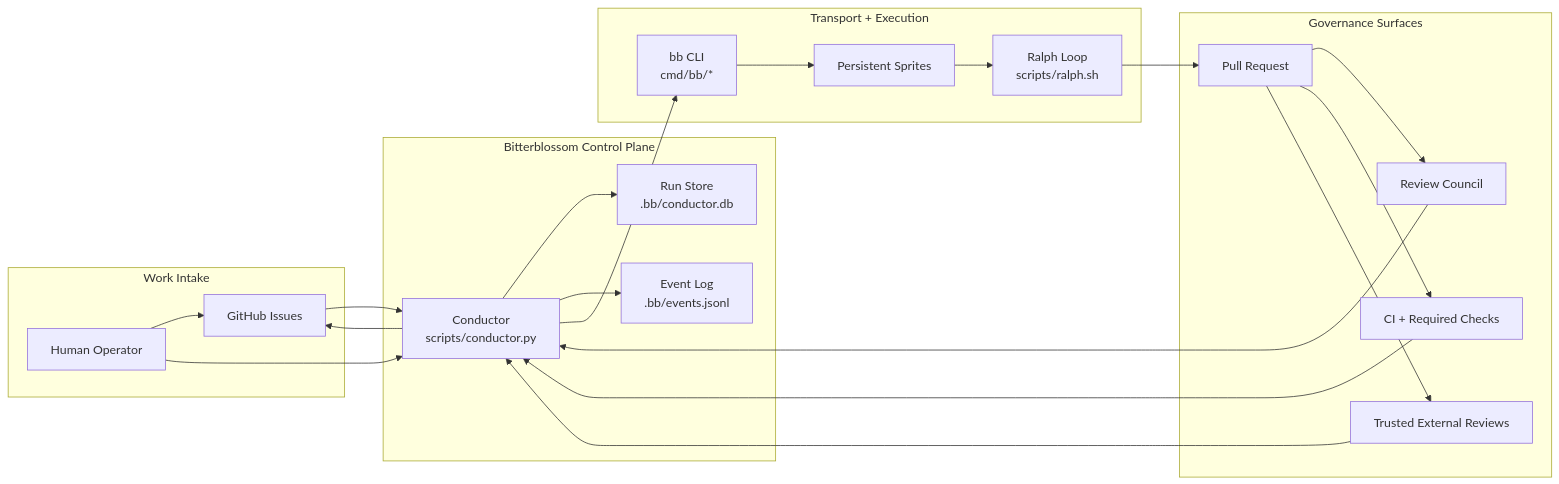
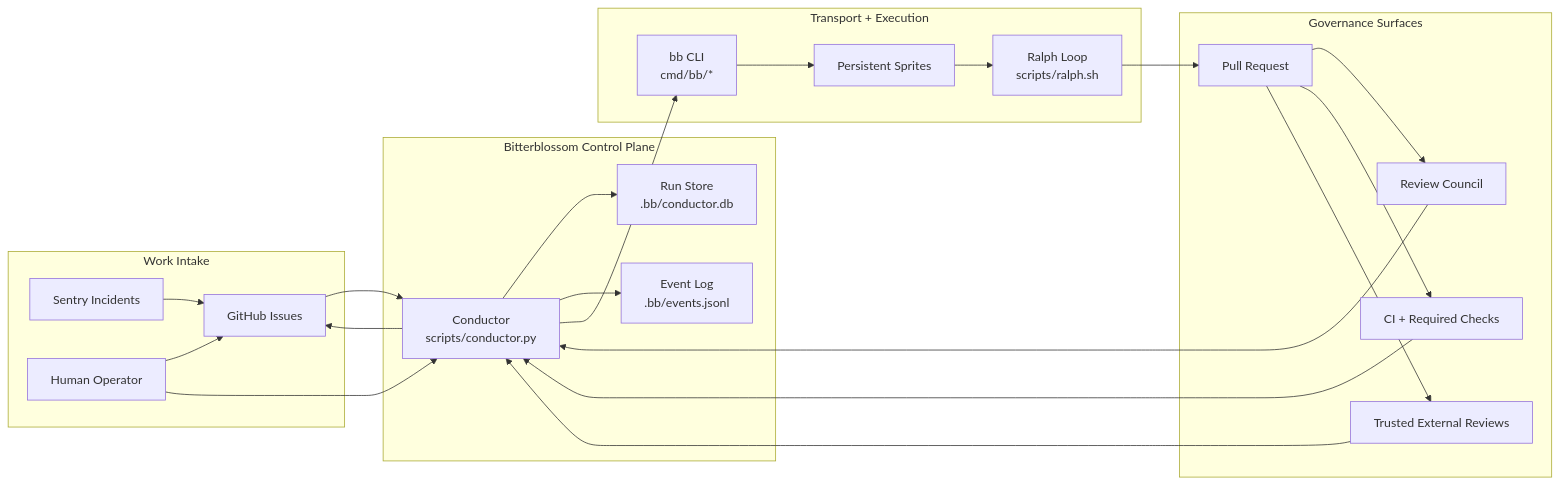
One commit to misty-step/bitterblossom changed the first of 2 diagrams in docs/architecture/README.md. Above: the diagram before and after it, drawn with Mermaid. The commit also changed 5 other files, not shown here.

````diff
--- a/docs/architecture/README.md
+++ b/docs/architecture/README.md
@@ -21,43 +21,45 @@
 ```mermaid
 flowchart LR
     subgraph Inputs["Work Intake"]
         GH["GitHub Issues"]
+        Sentry["Sentry Incidents"]
         Ops["Human Operator"]
     end
 
     subgraph Control["Bitterblossom Control Plane"]
         Conductor["Conductor\nscripts/conductor.py"]
         DB["Run Store\n.bb/conductor.db"]
         Events["Event Log\n.bb/events.jsonl"]
     end
 
     subgraph Runtime["Transport + Execution"]
         BB["bb CLI\ncmd/bb/*"]
         Ralph["Ralph Loop\nscripts/ralph.sh"]
         Sprites["Persistent Sprites"]
     end
 
     subgraph Review["Governance Surfaces"]
         PR["Pull Request"]
         CI["CI + Required Checks"]
         Council["Review Council"]
         External["Trusted External Reviews"]
     end
 
+    Sentry --> GH
     GH --> Conductor
     Ops --> GH
     Ops --> Conductor
     Conductor --> DB
     Conductor --> Events
     Conductor --> BB
     BB --> Sprites
     Sprites --> Ralph
     Ralph --> PR
     PR --> Council
     PR --> CI
     PR --> External
     Council --> Conductor
     CI --> Conductor
     External --> Conductor
     Conductor --> GH
 ```
````
